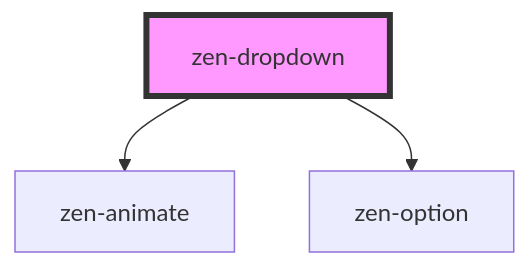
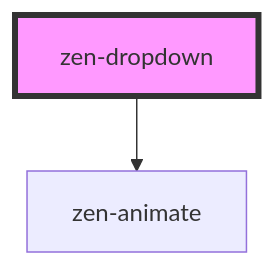
The diagram in src/components/zen-dropdown/readme.md (reciprocity/zen-ui), drawn with Mermaid before and after one commit. The commit also changed other lines of this file and 4 other files, not shown here.

````diff
--- a/src/components/zen-dropdown/readme.md
+++ b/src/components/zen-dropdown/readme.md
@@ -50,6 +46,5 @@
 ```mermaid
 graph TD;
   zen-dropdown --> zen-animate
-  zen-dropdown --> zen-option
   style zen-dropdown fill:#f9f,stroke:#333,stroke-width:4px
 ```
````
